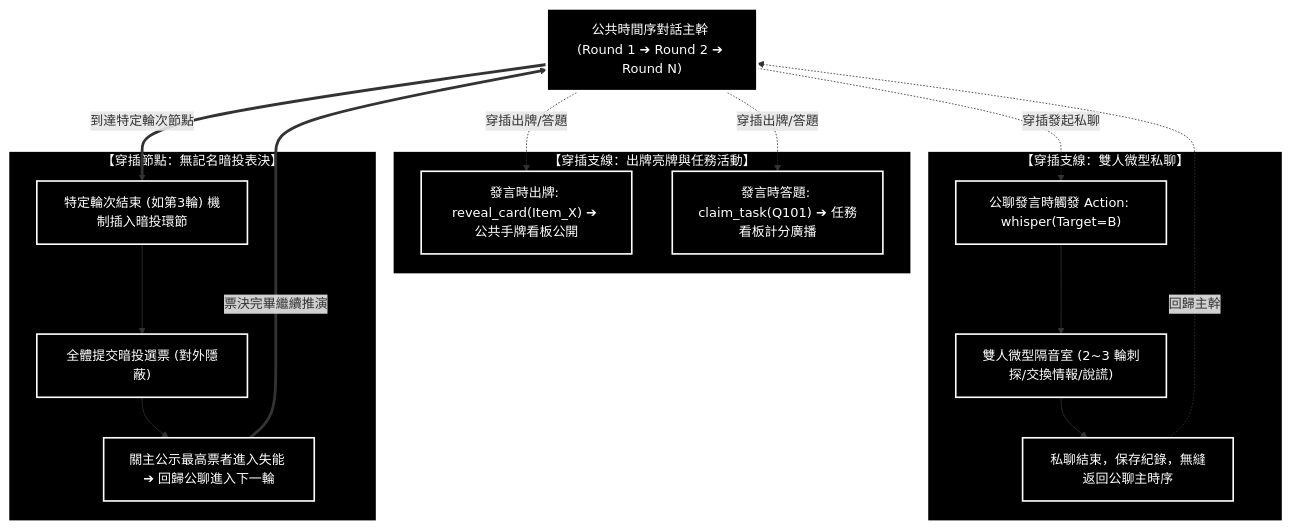
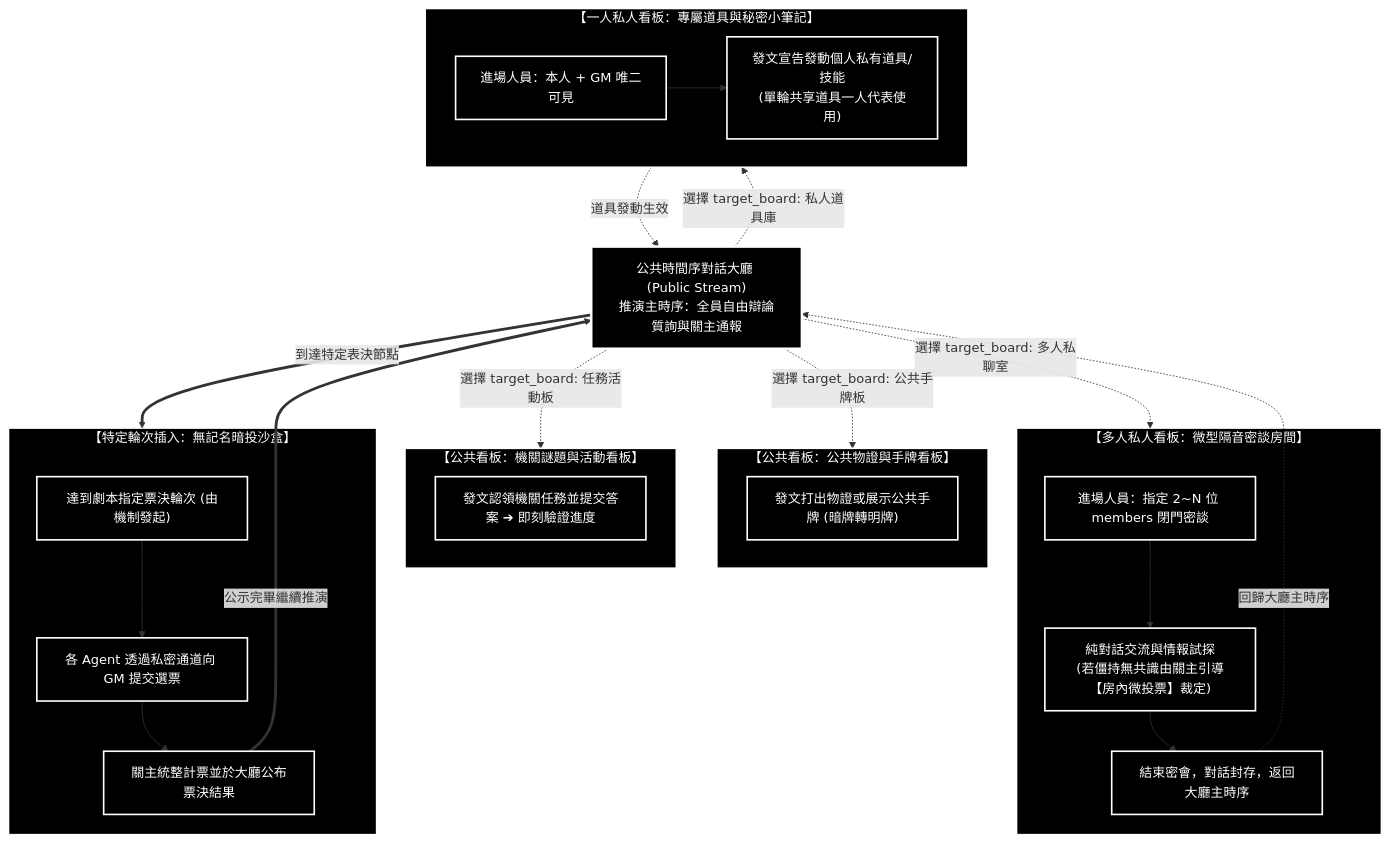
The sixth of 8 diagrams in docs/WORKFLOW_FLOWCHART.md (yin1120/MiroFish-1), drawn with Mermaid before and after one commit. The commit also changed other lines of this file and 4 other files, not shown here.

Commit message:
流程圖更新

````diff
--- a/docs/WORKFLOW_FLOWCHART.md
+++ b/docs/WORKFLOW_FLOWCHART.md
@@ -316,57 +368,73 @@
 ```mermaid
 %%{init: {
   'theme': 'base',
   'themeVariables': {
     'background': '#000000',
     'primaryColor': '#000000',
     'primaryTextColor': '#ffffff',
     'primaryBorderColor': '#ffffff',
     'lineColor': '#ffffff',
     'fontSize': '18px',
     'fontFamily': '"Fira Code", consolas, "Microsoft JhengHei", "Noto Sans TC", sans-serif'
   }
 }}%%
 flowchart TD
-    Main_Stream["公共時間序對話主幹 (Round 1 ➔ Round 2 ➔ Round N)"]
+    Main_Stream["公共時間序對話大廳 (Public Stream)<br/>推演主時序：全員自由辯論質詢與關主通報"]
 
-    subgraph Branch_Whisper["【穿插支線：雙人微型私聊】"]
-        Whisper_Trigger["公聊發言時觸發 Action: whisper(Target=B)"]
-        Whisper_Room["雙人微型隔音室 (2~3 輪刺探/交換情報/說謊)"]
-        Whisper_Return["私聊結束，保存紀錄，無縫返回公聊主時序"]
-        Whisper_Trigger --> Whisper_Room --> Whisper_Return
+    subgraph Channel_Private_Inventory["【一人私人看板：專屬道具與秘密小筆記】"]
+        Inv_Access["進場人員：本人 + GM 唯二可見"]
+        Inv_Action["發文宣告發動個人私有道具/技能<br/>(單輪共享道具一人代表使用)"]
+        Inv_Access --> Inv_Action
     end
 
-    subgraph Branch_Cards["【穿插支線：出牌亮牌與任務活動】"]
-        Card_Trigger["發言時出牌: reveal_card(Item_X) ➔ 公共手牌看板公開"]
-        Quest_Trigger["發言時答題: claim_task(Q101) ➔ 任務看板計分廣播"]
+    subgraph Channel_Multi_Whisper["【多人私人看板：微型隔音密談房間】"]
+        Whisper_Access["進場人員：指定 2~N 位 members 閉門密談"]
+        Whisper_Action["純對話交流與情報試探<br/>(若僵持無共識由關主引導【房內微投票】裁定)"]
+        Whisper_Return["結束密會，對話封存，返回大廳主時序"]
+        Whisper_Access --> Whisper_Action --> Whisper_Return
     end
 
-    subgraph Branch_Voting["【穿插節點：無記名暗投表決】"]
-        Vote_Trigger["特定輪次結束 (如第3輪) 機制插入暗投環節"]
-        Vote_Sandbox["全體提交暗投選票 (對外隱蔽)"]
-        Vote_Result["關主公示最高票者進入失能 ➔ 回歸公聊進入下一輪"]
-        Vote_Trigger --> Vote_Sandbox --> Vote_Result
+    subgraph Channel_Public_Cards["【公共看板：公共物證與手牌看板】"]
+        Cards_Action["發文打出物證或展示公共手牌 (暗牌轉明牌)"]
     end
 
-    Main_Stream -.->|"穿插發起私聊"| Whisper_Trigger
-    Whisper_Return -.->|"回歸主幹"| Main_Stream
+    subgraph Channel_Tasks["【公共看板：機關謎題與活動看板】"]
+        Tasks_Action["發文認領機關任務並提交答案 ➔ 即刻驗證進度"]
+    end
 
-    Main_Stream -.->|"穿插出牌/答題"| Card_Trigger
-    Main_Stream -.->|"穿插出牌/答題"| Quest_Trigger
+    subgraph Channel_Secret_Ballot["【特定輪次插入：無記名暗投沙盒】"]
+        Vote_Trigger["達到劇本指定票決輪次 (由機制發起)"]
+        Vote_Cast["各 Agent 透過私密通道向 GM 提交選票"]
+        Vote_Reveal["關主統整計票並於大廳公布票決結果"]
+        Vote_Trigger --> Vote_Cast --> Vote_Reveal
+    end
 
-    Main_Stream ==>|"到達特定輪次節點"| Vote_Trigger
-    Vote_Result ==>|"票決完畢繼續推演"| Main_Stream
+    Main_Stream -.->|"選擇 target_board: 私人道具庫"| Channel_Private_Inventory
+    Channel_Private_Inventory -.->|"道具發動生效"| Main_Stream
+
+    Main_Stream -.->|"選擇 target_board: 多人私聊室"| Channel_Multi_Whisper
+    Whisper_Return -.->|"回歸大廳主時序"| Main_Stream
+
+    Main_Stream -.->|"選擇 target_board: 公共手牌板"| Channel_Public_Cards
+    Main_Stream -.->|"選擇 target_board: 任務活動板"| Channel_Tasks
+
+    Main_Stream ==>|"到達特定表決節點"| Channel_Secret_Ballot
+    Vote_Reveal ==>|"公示完畢繼續推演"| Main_Stream
 
     style Main_Stream fill:#000000,stroke:#ffffff,stroke-width:3px,color:#ffffff
-    style Branch_Whisper fill:#000000,stroke:#ffffff,stroke-width:2px,color:#ffffff
-    style Whisper_Trigger fill:#000000,stroke:#ffffff,stroke-width:2px,color:#ffffff
-    style Whisper_Room fill:#000000,stroke:#ffffff,stroke-width:2px,color:#ffffff
+    style Channel_Private_Inventory fill:#000000,stroke:#ffffff,stroke-width:2px,color:#ffffff
+    style Inv_Access fill:#000000,stroke:#ffffff,stroke-width:2px,color:#ffffff
+    style Inv_Action fill:#000000,stroke:#ffffff,stroke-width:2px,color:#ffffff
+    style Channel_Multi_Whisper fill:#000000,stroke:#ffffff,stroke-width:2px,color:#ffffff
+    style Whisper_Access fill:#000000,stroke:#ffffff,stroke-width:2px,color:#ffffff
+    style Whisper_Action fill:#000000,stroke:#ffffff,stroke-width:2px,color:#ffffff
     style Whisper_Return fill:#000000,stroke:#ffffff,stroke-width:2px,color:#ffffff
-    style Branch_Cards fill:#000000,stroke:#ffffff,stroke-width:2px,color:#ffffff
-    style Card_Trigger fill:#000000,stroke:#ffffff,stroke-width:2px,color:#ffffff
-    style Quest_Trigger fill:#000000,stroke:#ffffff,stroke-width:2px,color:#ffffff
-    style Branch_Voting fill:#000000,stroke:#ffffff,stroke-width:2px,color:#ffffff
+    style Channel_Public_Cards fill:#000000,stroke:#ffffff,stroke-width:2px,color:#ffffff
+    style Cards_Action fill:#000000,stroke:#ffffff,stroke-width:2px,color:#ffffff
+    style Channel_Tasks fill:#000000,stroke:#ffffff,stroke-width:2px,color:#ffffff
+    style Tasks_Action fill:#000000,stroke:#ffffff,stroke-width:2px,color:#ffffff
+    style Channel_Secret_Ballot fill:#000000,stroke:#ffffff,stroke-width:2px,color:#ffffff
     style Vote_Trigger fill:#000000,stroke:#ffffff,stroke-width:2px,color:#ffffff
-    style Vote_Sandbox fill:#000000,stroke:#ffffff,stroke-width:2px,color:#ffffff
-    style Vote_Result fill:#000000,stroke:#ffffff,stroke-width:2px,color:#ffffff
+    style Vote_Cast fill:#000000,stroke:#ffffff,stroke-width:2px,color:#ffffff
+    style Vote_Reveal fill:#000000,stroke:#ffffff,stroke-width:2px,color:#ffffff
 ```
````
